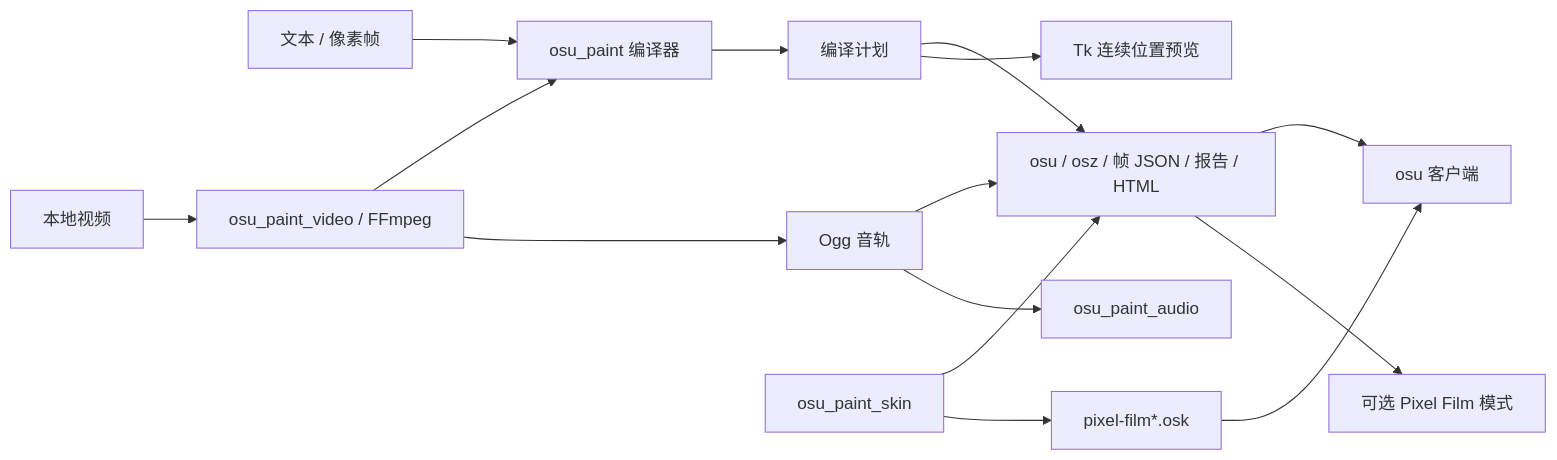
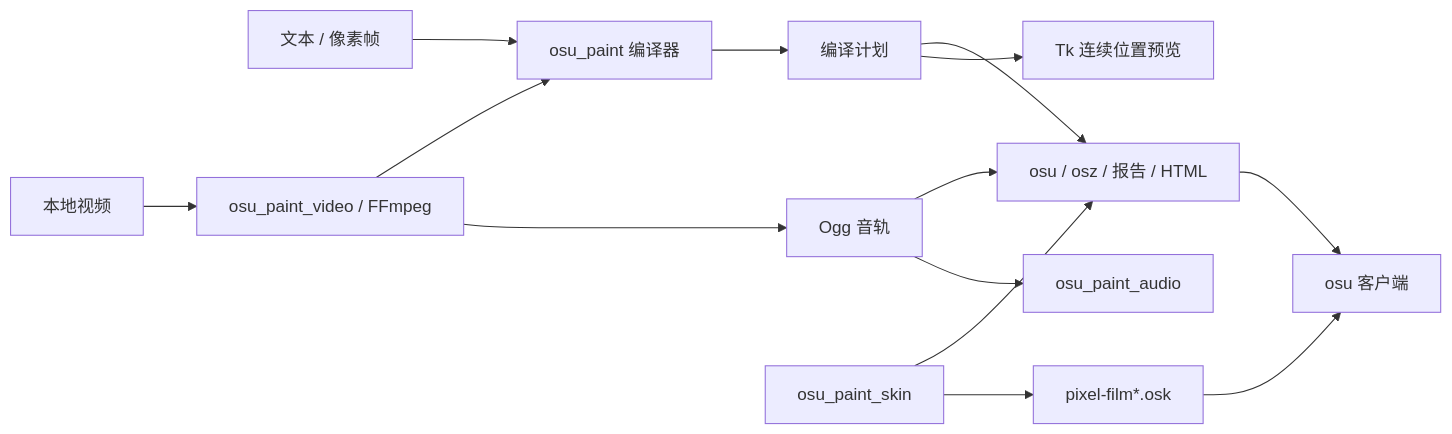
The diagram in docs/architecture.md (YeLn10/osu-paint), drawn with Mermaid before and after one commit. The commit also changed other lines of this file and 22 other files, not shown here.

Commit message:
Remove Pixel Film viewing mode and restore mania-only exports

````diff
--- a/docs/architecture.md
+++ b/docs/architecture.md
@@ -21,17 +19,16 @@
 ```mermaid
 flowchart LR
     Text[文本 / 像素帧] --> Core[osu_paint 编译器]
     Video[本地视频] --> FFmpeg[osu_paint_video / FFmpeg]
     FFmpeg --> Core
     FFmpeg --> Ogg[Ogg 音轨]
     Core --> Plan[编译计划]
-    Plan --> Export[osu / osz / 帧 JSON / 报告 / HTML]
+    Plan --> Export[osu / osz / 报告 / HTML]
     SkinBuild[osu_paint_skin] --> Export
     Ogg --> Export
     Plan --> Tk[Tk 连续位置预览]
     Ogg --> Audio[osu_paint_audio]
     SkinBuild --> Skin[pixel-film*.osk]
     Export --> Game[osu 客户端]
     Skin --> Game
-    Export --> Film[可选 Pixel Film 模式]
 ```
````
